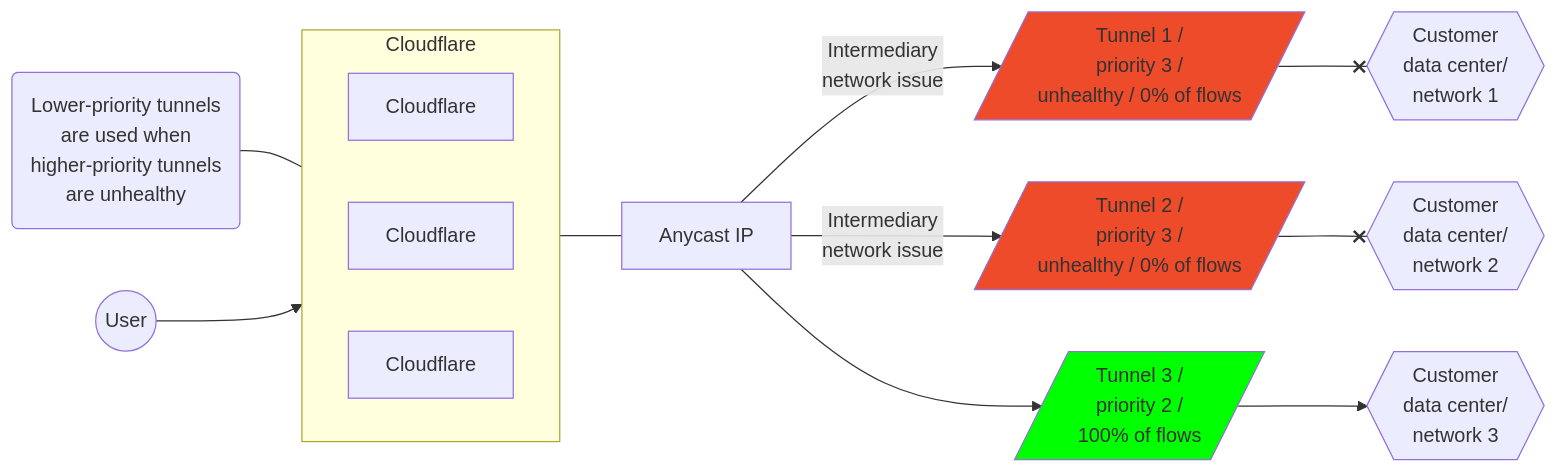
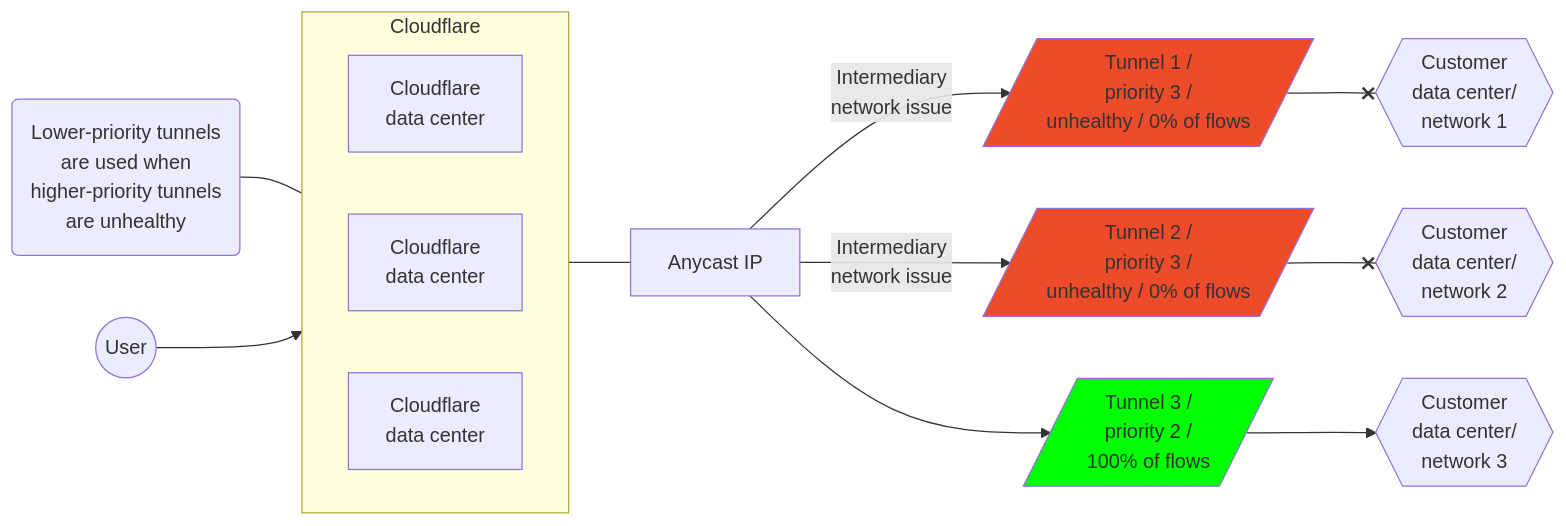
The fourth of 4 diagrams in content/magic-transit/_partials/_traffic-steering.md (rdhanarot/cloudflare-docs), drawn with Mermaid before and after one commit. The commit also changed other lines of this file, not shown here.

Commit message:
added data center to cf (#8650)

````diff
--- a/content/magic-transit/_partials/_traffic-steering.md
+++ b/content/magic-transit/_partials/_traffic-steering.md
@@ -115,20 +115,20 @@
 ```mermaid
 flowchart LR
 accTitle: Tunnels diagram
 accDescr: This example has Tunnel 1 and 2 unhealthy, and all traffic prioritized to Tunnel 3.
 
 subgraph Cloudflare
 direction LR
-B[Cloudflare]
-C[Cloudflare]
-D[Cloudflare]
+B[Cloudflare <br> data center]
+C[Cloudflare <br> data center]
+D[Cloudflare <br> data center]
 end
 
 Z(Lower-priority tunnels <br> are used when <br> higher-priority tunnels <br> are unhealthy) --- Cloudflare
 A((User)) --> Cloudflare --- E[Anycast IP]
 E[Anycast IP]  -- Intermediary <br> network issue -->  F[/Tunnel 1 / <br> priority 3 / <br> unhealthy / 0% of flows/]:::red --x I{{Customer <br> data center/ <br> network 1}}
 E[Anycast IP]  -- Intermediary <br> network issue -->  G[/Tunnel 2 / <br> priority 3 / <br> unhealthy / 0% of flows/]:::red --x J{{Customer <br> data center/ <br> network 2}}
 E[Anycast IP] -->  H[/Tunnel 3 / <br> priority 2 / <br> 100% of flows/]:::green --> K{{Customer <br> data center/ <br> network 3}}
 classDef red fill:#EE4B2B
 classDef green fill:#00FF00
 ```
````
